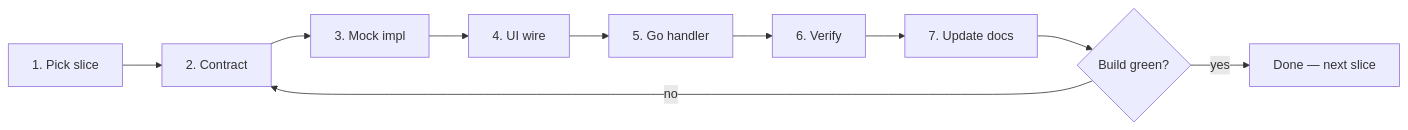
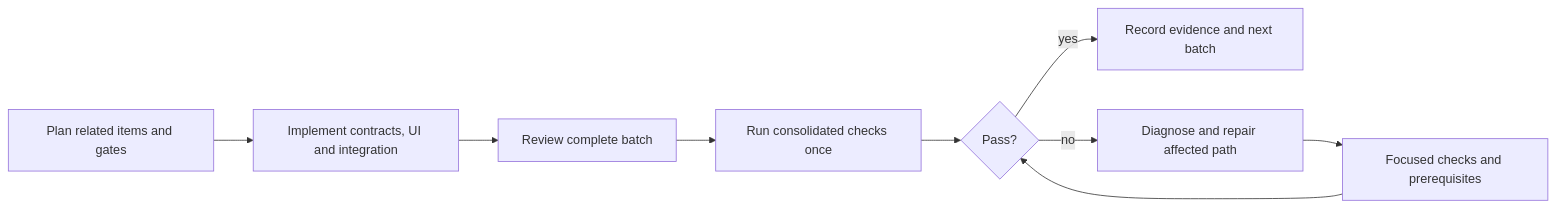
One commit to Sheriff99yt/VVS-Web changed the diagram in docs/ui_api_delivery_loop.md. Above: the diagram before and after it, drawn with Mermaid. The commit also changed other lines of this file and 496 other files, not shown here.

````diff
--- a/docs/ui_api_delivery_loop.md
+++ b/docs/ui_api_delivery_loop.md
@@ -56,12 +56,11 @@
 ```mermaid
 flowchart LR
-    A[1. Pick slice] --> B[2. Contract]
-    B --> C[3. Mock impl]
-    C --> D[4. UI wire]
-    D --> E[5. Go handler]
-    E --> F[6. Verify]
-    F --> G[7. Update docs]
-    G --> H{Build green?}
-    H -->|yes| I[Done — next slice]
-    H -->|no| B
+    A[Plan related items and gates] --> B[Implement contracts, UI and integration]
+    B --> C[Review complete batch]
+    C --> D[Run consolidated checks once]
+    D --> E{Pass?}
+    E -->|yes| F[Record evidence and next batch]
+    E -->|no| G[Diagnose and repair affected path]
+    G --> H[Focused checks and prerequisites]
+    H --> E
 ```
````
